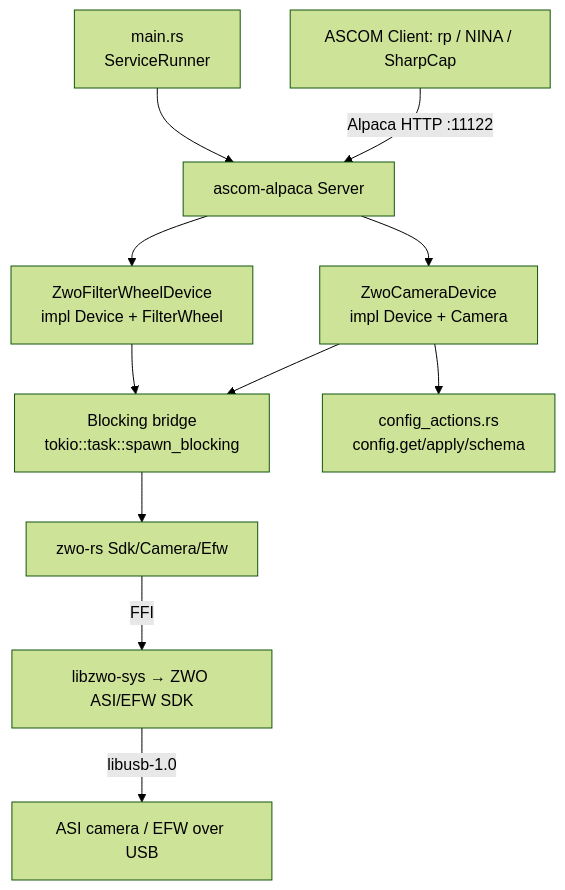
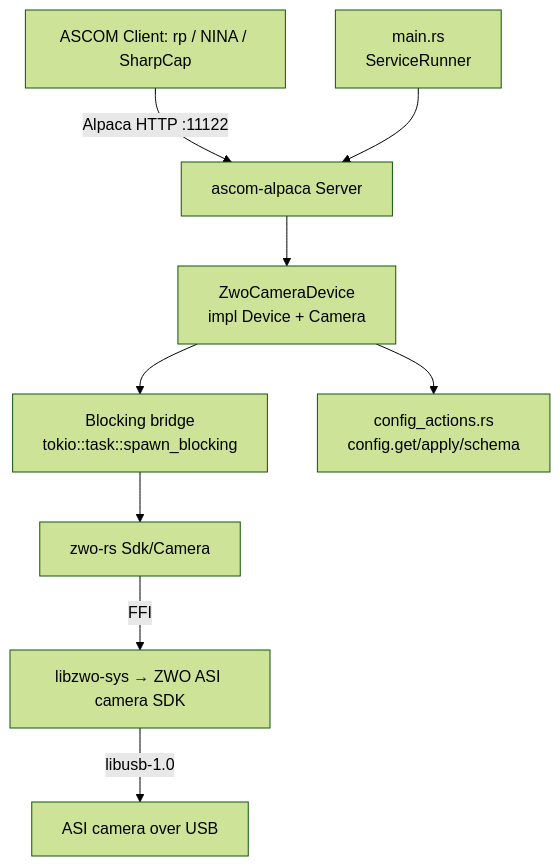
Before and after one commit to ivonnyssen/rusty-photon: the diagram in docs/services/zwo-camera.md, drawn with Mermaid (forest theme). The commit also changed other lines of this file and 35 other files, not shown here.

First line of the commit message:
feat(zwo): one service per device — per-device SDK link features, conflict-free packaging (ADR-014) (#483)

````diff
--- a/docs/services/zwo-camera.md
+++ b/docs/services/zwo-camera.md
@@ -183,13 +193,11 @@
 ```mermaid
 graph TD;
     A[ASCOM Client: rp / NINA / SharpCap] -->|Alpaca HTTP :11122| B[ascom-alpaca Server];
     B --> C[ZwoCameraDevice<br/>impl Device + Camera];
-    B --> FW[ZwoFilterWheelDevice<br/>impl Device + FilterWheel];
     C --> BB[Blocking bridge<br/>tokio::task::spawn_blocking];
-    FW --> BB;
-    BB --> RS[zwo-rs Sdk/Camera/Efw];
-    RS -->|FFI| SDK[libzwo-sys → ZWO ASI/EFW SDK];
-    SDK -->|libusb-1.0| HW[ASI camera / EFW over USB];
+    BB --> RS[zwo-rs Sdk/Camera];
+    RS -->|FFI| SDK[libzwo-sys → ZWO ASI camera SDK];
+    SDK -->|libusb-1.0| HW[ASI camera over USB];
     C --> CA[config_actions.rs<br/>config.get/apply/schema];
     M[main.rs<br/>ServiceRunner] --> B;
 ```
````
